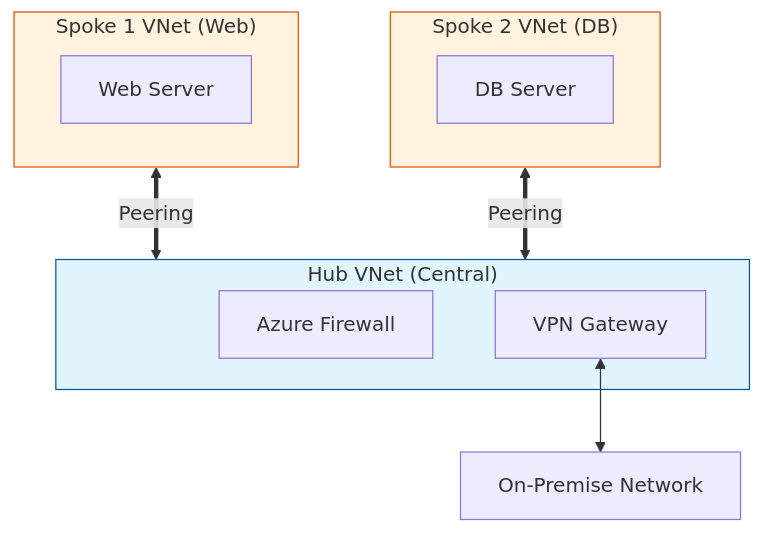
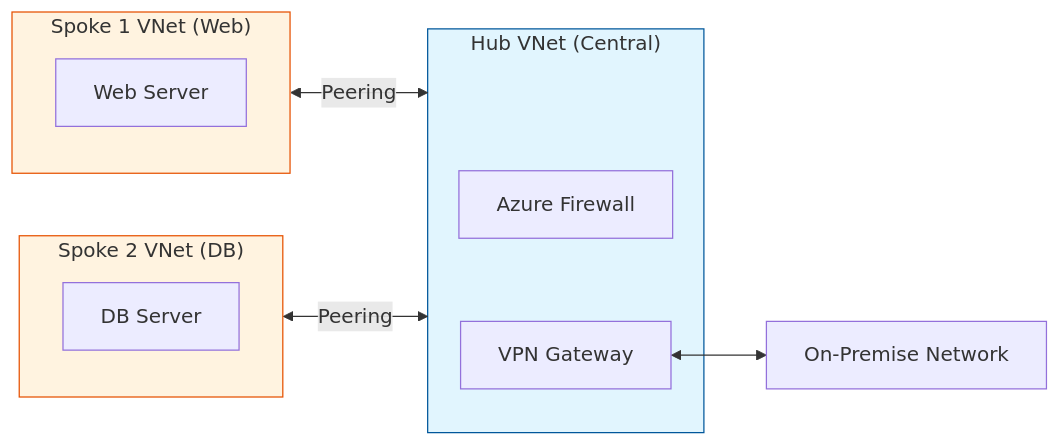
One commit to HamaPr/HamaPr.github.io changed the diagram in _posts/cloud-azure/2025-08-07-VNet_Peering_study.md. Above: the diagram before and after it, drawn with Mermaid. The commit also changed other lines of this file and 27 other files, not shown here.

````diff
--- a/_posts/cloud-azure/2025-08-07-VNet_Peering_study.md
+++ b/_posts/cloud-azure/2025-08-07-VNet_Peering_study.md
@@ -25,24 +26,24 @@
 ```mermaid
-flowchart TB
+flowchart LR
     subgraph Hub ["Hub VNet (Central)"]
         FW["Azure Firewall"]
         VPN["VPN Gateway"]
     end
     
     subgraph Spoke1 ["Spoke 1 VNet (Web)"]
         WebVM["Web Server"]
     end
     
     subgraph Spoke2 ["Spoke 2 VNet (DB)"]
         DbVM["DB Server"]
     end
     
-    Spoke1 <== "Peering" ==> Hub
-    Spoke2 <== "Peering" ==> Hub
+    Spoke1 <-->|Peering| Hub
+    Spoke2 <-->|Peering| Hub
     VPN <--> OnPrem["On-Premise Network"]
     
     classDef hub fill:#e1f5fe,stroke:#01579b
     classDef spoke fill:#fff3e0,stroke:#e65100
     class Hub hub
     class Spoke1,Spoke2 spoke
 ```
````
